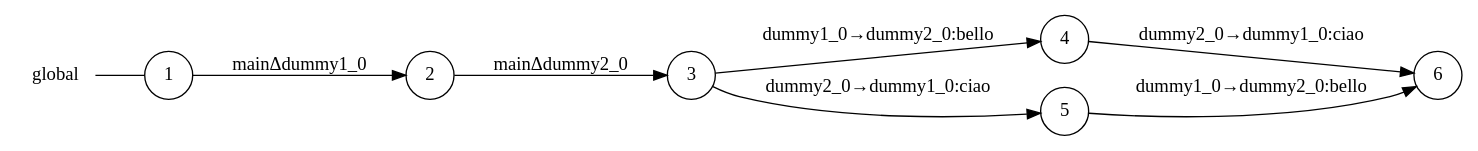
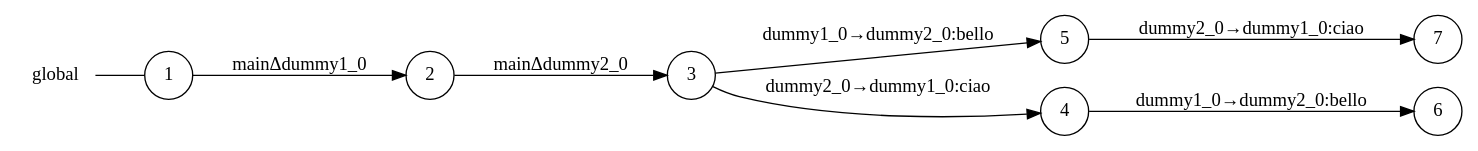
The diagram in examples/async/main_global_view.dot (gabrielegenovese/chorer), drawn with Graphviz before and after one commit. The commit also changed 34 other files, not shown here.

```diff
--- a/examples/async/main_global_view.dot
+++ b/examples/async/main_global_view.dot
@@ -1,18 +1,19 @@
 digraph global {
 	rankdir="LR";
 	n_0 [label="global", shape="plaintext"];
-	n_1 [id="5", shape=circle, label="6"];
-	n_2 [id="1", shape=circle, label="1"];
-	n_0 -> n_2 [arrowhead=none];
-	n_3 [id="2", shape=circle, label="2"];
-	n_4 [id="4", shape=circle, label="4"];
-	n_5 [id="7", shape=circle, label="5"];
-	n_6 [id="3", shape=circle, label="3"];
+	n_1 [id="5", shape=circle, label="5"];
+	n_2 [id="6", shape=circle, label="6"];
+	n_3 [id="1", shape=circle, label="1"];
+	n_0 -> n_3 [arrowhead=none];
+	n_4 [id="2", shape=circle, label="2"];
+	n_5 [id="4", shape=circle, label="4"];
+	n_6 [id="7", shape=circle, label="7"];
+	n_7 [id="3", shape=circle, label="3"];
 
-	n_6 -> n_4 [id="[$e|3]", label="dummy1_0→dummy2_0:bello"];
-	n_2 -> n_3 [id="[$e|1]", label="mainΔdummy1_0"];
-	n_3 -> n_6 [id="[$e|2]", label="mainΔdummy2_0"];
-	n_4 -> n_1 [id="[$e|0]", label="dummy2_0→dummy1_0:ciao"];
-	n_5 -> n_1 [id="[$e|6]", label="dummy1_0→dummy2_0:bello"];
-	n_6 -> n_5 [id="[$e|4]", label="dummy2_0→dummy1_0:ciao"];
+	n_4 -> n_7 [id="[$e|1]", label="mainΔdummy2_0"];
+	n_3 -> n_4 [id="[$e|0]", label="mainΔdummy1_0"];
+	n_5 -> n_2 [id="[$e|4]", label="dummy1_0→dummy2_0:bello"];
+	n_7 -> n_1 [id="[$e|3]", label="dummy1_0→dummy2_0:bello"];
+	n_1 -> n_6 [id="[$e|5]", label="dummy2_0→dummy1_0:ciao"];
+	n_7 -> n_5 [id="[$e|2]", label="dummy2_0→dummy1_0:ciao"];
 }
```
